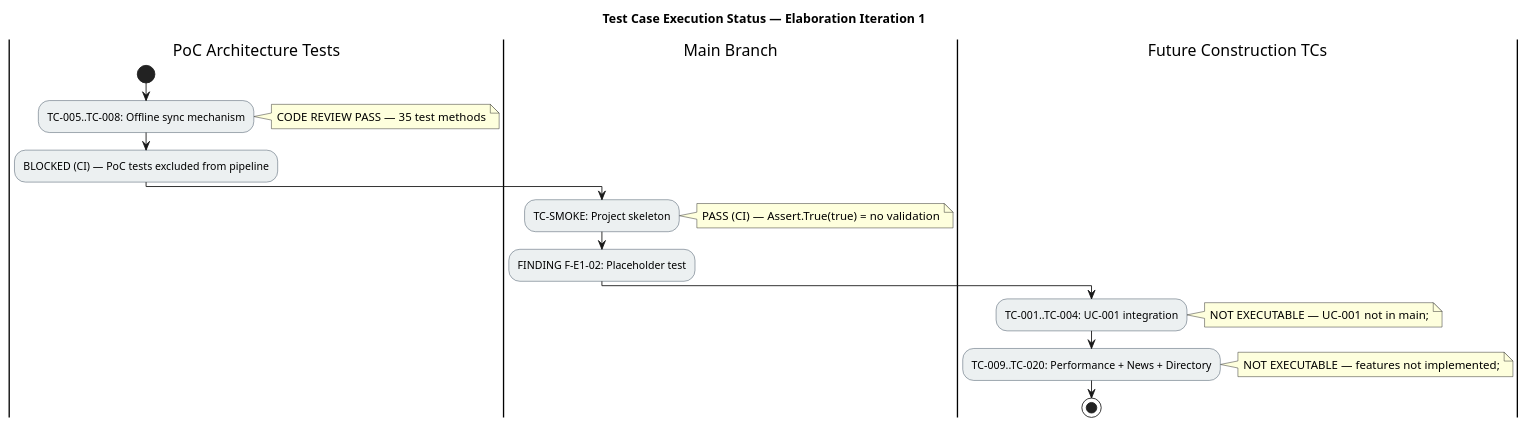
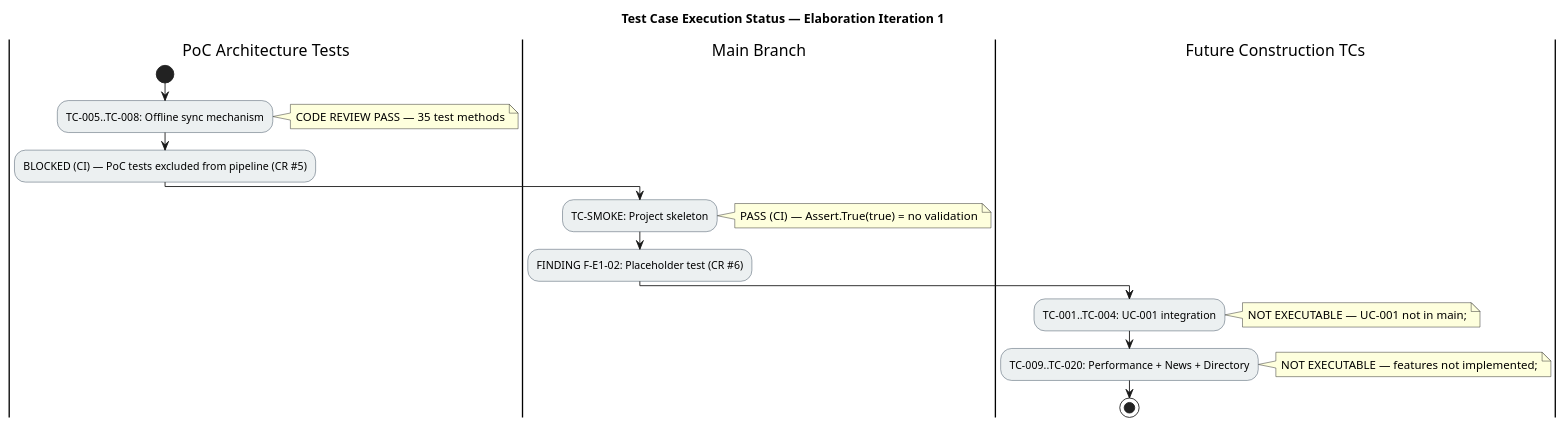
One commit to banense-test/demo-janke-lab changed the fourth of 4 diagrams in docs/artifacts/test/test-case.md. Above: the diagram before and after it, drawn with PlantUML. The commit also changed other lines of this file, not shown here.

First line of the commit message:
Tester [E1]: upsert Test Case

````diff
--- a/docs/artifacts/test/test-case.md
+++ b/docs/artifacts/test/test-case.md
@@ -518,27 +518,27 @@
 ```plantuml
 @startuml
 title Test Case Execution Status — Elaboration Iteration 1
 
 skinparam activityBorderColor #2c3e50
 skinparam activityBackgroundColor #ecf0f1
 
 |PoC Architecture Tests|
 start
 :TC-005..TC-008: Offline sync mechanism;
 note right: CODE REVIEW PASS — 35 test methods
-:BLOCKED (CI) — PoC tests excluded from pipeline;
+:BLOCKED (CI) — PoC tests excluded from pipeline (CR #5);
 
 |Main Branch|
 :TC-SMOKE: Project skeleton;
 note right: PASS (CI) — Assert.True(true) = no validation
-:FINDING F-E1-02: Placeholder test;
+:FINDING F-E1-02: Placeholder test (CR #6);
 
 |Future Construction TCs|
 :TC-001..TC-004: UC-001 integration;
 note right: NOT EXECUTABLE — UC-001 not in main;
 :TC-009..TC-020: Performance + News + Directory;
 note right: NOT EXECUTABLE — features not implemented;
 
 stop
 @enduml
 ```
````
